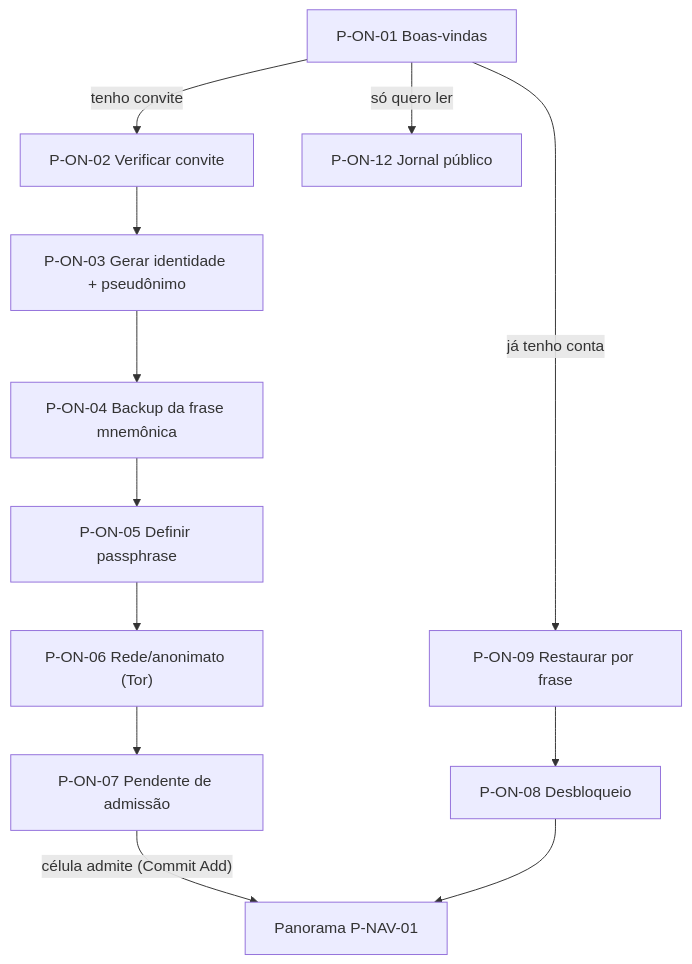
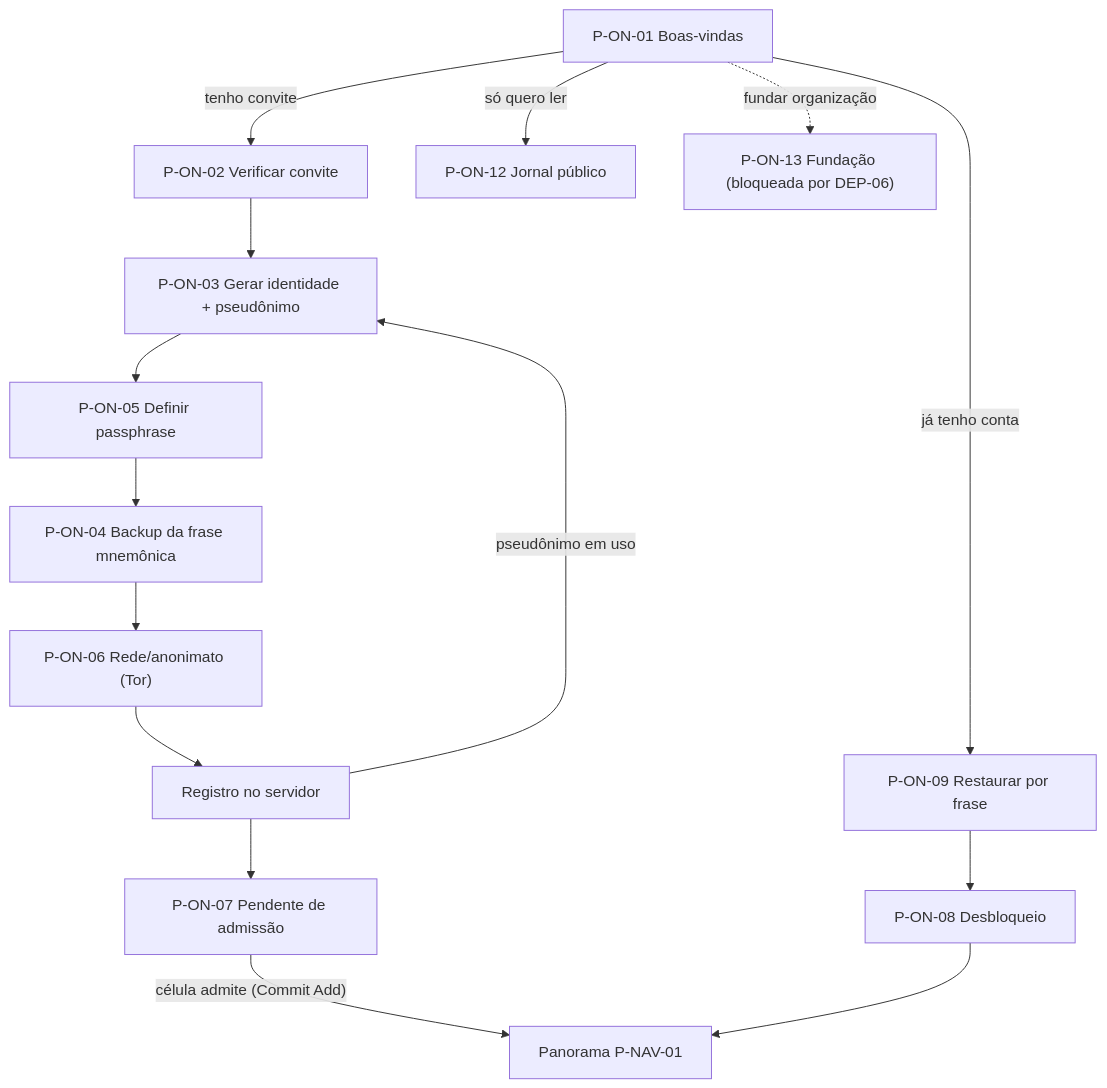
The first of 2 diagrams in docs/07-paginas/01-onboarding-identidade.md (ricardod31/partido), drawn with Mermaid before and after one commit. The commit also changed other lines of this file and 14 other files, not shown here.

````diff
--- a/docs/07-paginas/01-onboarding-identidade.md
+++ b/docs/07-paginas/01-onboarding-identidade.md
@@ -16,14 +16,17 @@
 ```mermaid
 flowchart TD
     WEL["P-ON-01 Boas-vindas"] -->|"tenho convite"| INV["P-ON-02 Verificar convite"]
     WEL -->|"já tenho conta"| RESTORE["P-ON-09 Restaurar por frase"]
     WEL -->|"só quero ler"| PUB["P-ON-12 Jornal público"]
+    WEL -.->|"fundar organização"| FUND["P-ON-13 Fundação (bloqueada por DEP-06)"]
     INV --> GEN["P-ON-03 Gerar identidade + pseudônimo"]
-    GEN --> BKP["P-ON-04 Backup da frase mnemônica"]
-    BKP --> PASS["P-ON-05 Definir passphrase"]
-    PASS --> NET["P-ON-06 Rede/anonimato (Tor)"]
-    NET --> PEND["P-ON-07 Pendente de admissão"]
+    GEN --> PASS["P-ON-05 Definir passphrase"]
+    PASS --> BKP["P-ON-04 Backup da frase mnemônica"]
+    BKP --> NET["P-ON-06 Rede/anonimato (Tor)"]
+    NET --> REG["Registro no servidor"]
+    REG -->|"pseudônimo em uso"| GEN
+    REG --> PEND["P-ON-07 Pendente de admissão"]
     PEND -->|"célula admite (Commit Add)"| HOME["Panorama P-NAV-01"]
     RESTORE --> UNLOCK["P-ON-08 Desbloqueio"]
     UNLOCK --> HOME
 ```
````
